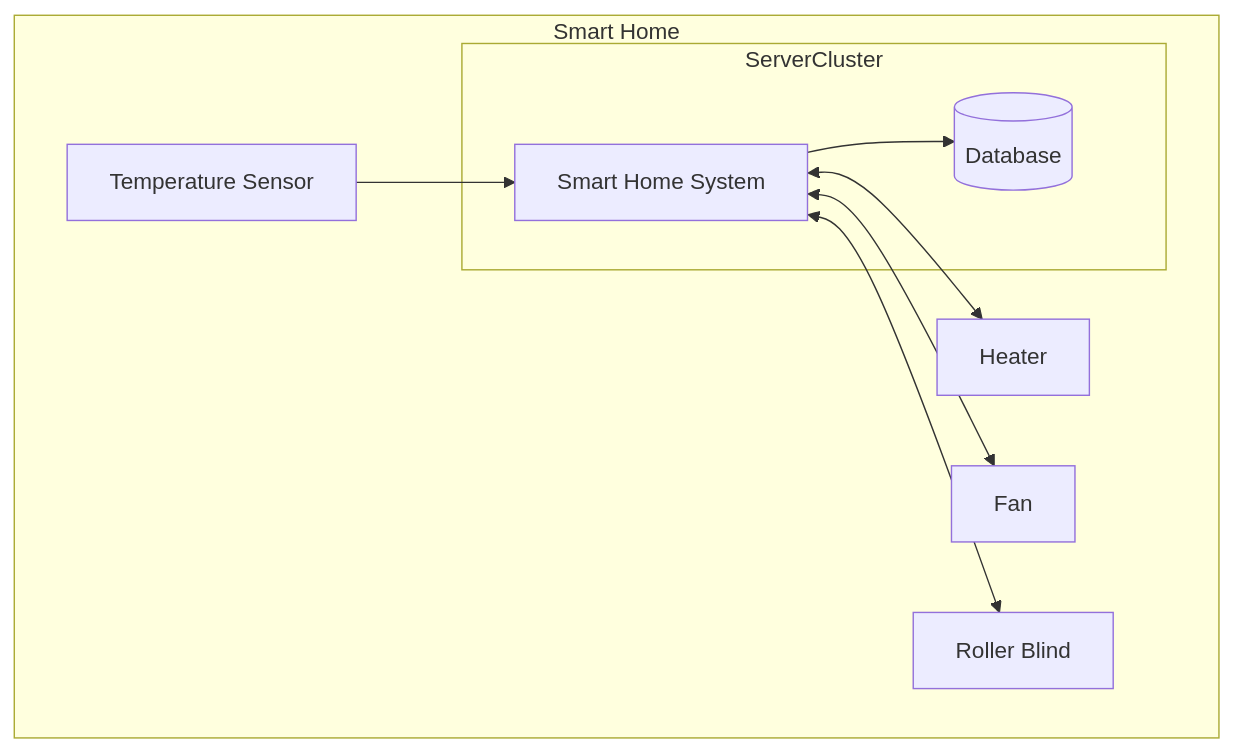
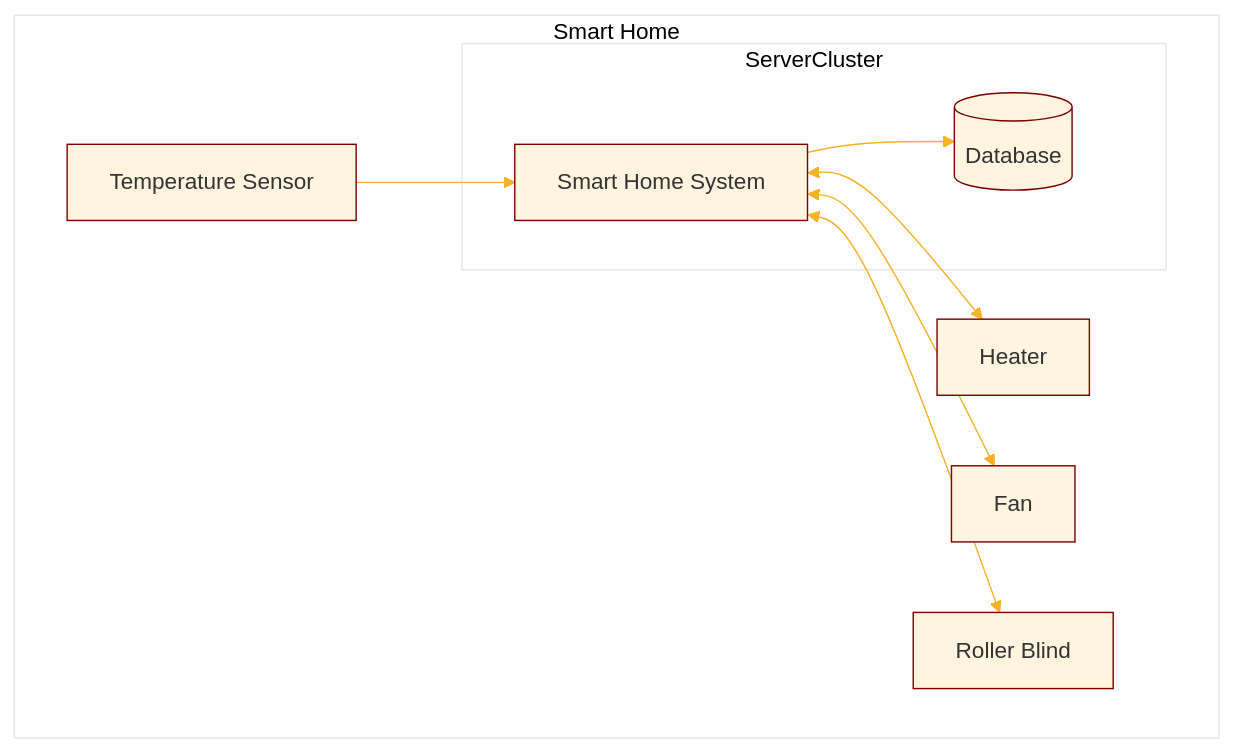
Before and after one commit to 930C/PySmartHome: the third of 3 diagrams in docs/doku.md, drawn with Mermaid. The commit also changed other lines of this file, not shown here.

````diff
--- a/docs/doku.md
+++ b/docs/doku.md
@@ -374,12 +383,22 @@
 ```mermaid
+%%{
+  init: {
+    'theme': 'base',
+    'themeVariables': {
+      'primaryBorderColor': '#7C0000',
+      'lineColor': '#F8B229',
+      'tertiaryColor': '#fff'
+    }
+  }
+}%%
 flowchart TD
     subgraph Smart Home 
         A[Smart Home System]<-->Heater
         B[Temperature Sensor]-->A[Smart Home System]
         A[Smart Home System]<-->Fan
         A[Smart Home System]<-->C[Roller Blind]
         subgraph ide1 [ServerCluster]
             A[Smart Home System]-->id1[(Database)]
         end
     end
 ```
````
